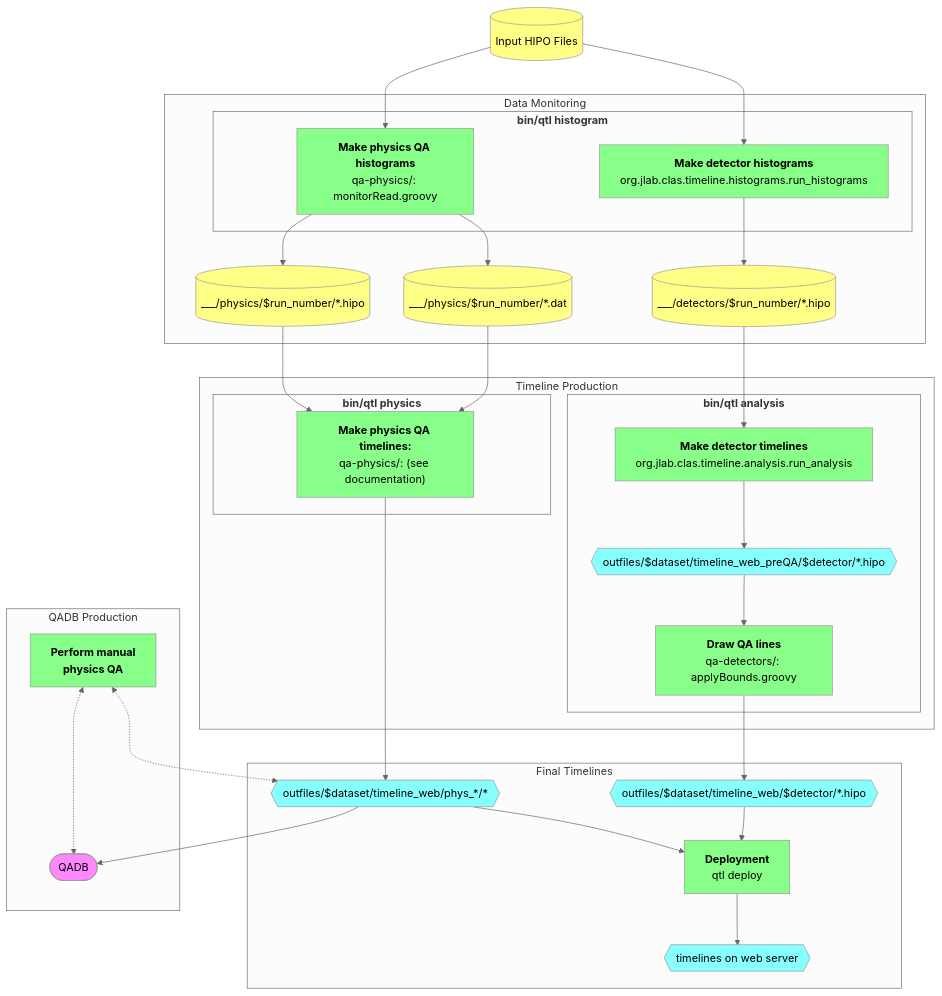
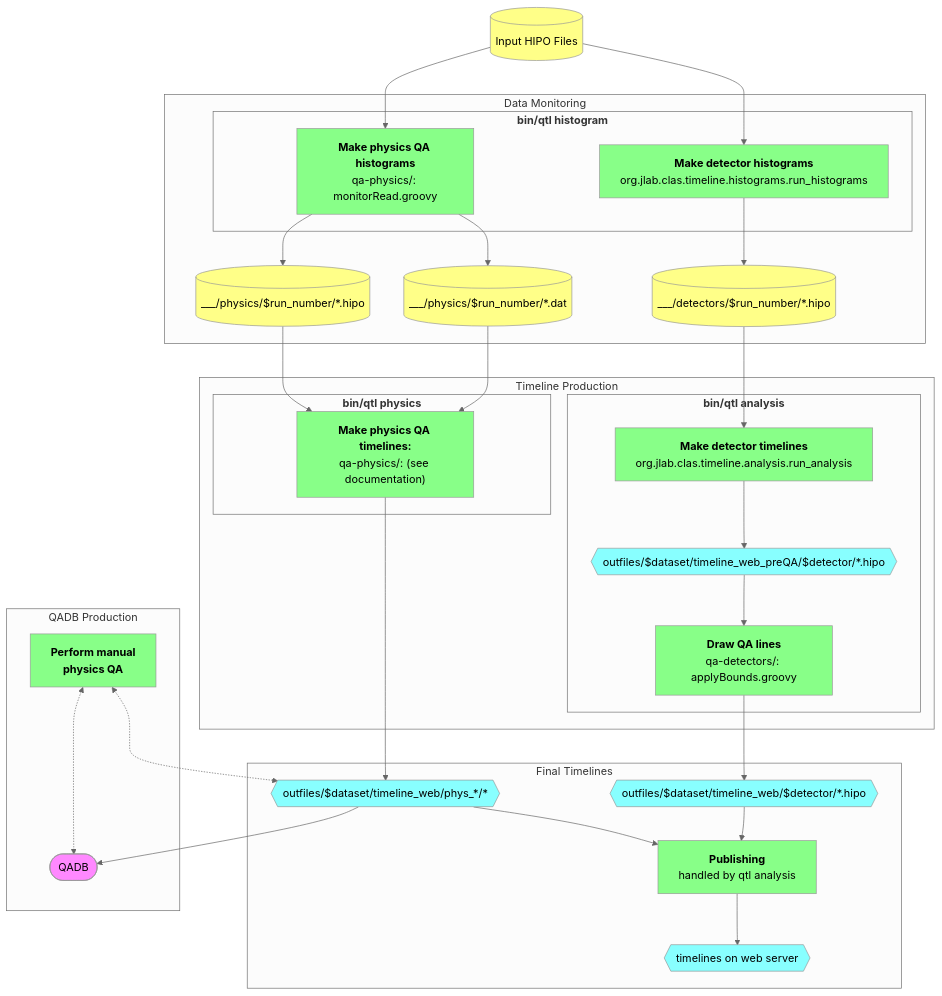
The diagram in doc/dev_notes.md (JeffersonLab/clas12-timeline), drawn with Mermaid (neutral theme) before and after one commit. The commit also changed 10 other files, not shown here.

````diff
--- a/doc/dev_notes.md
+++ b/doc/dev_notes.md
@@ -4,57 +4,57 @@
 ```mermaid
 flowchart TB
 
     classDef proc     fill:#8f8,color:black
     classDef data     fill:#ff8,color:black
     classDef misc     fill:#f8f,color:black
     classDef timeline fill:#8ff,color:black
 
     dst[(Input HIPO Files)]:::data
 
     subgraph Data Monitoring
         subgraph "<strong>bin/qtl histogram</strong>"
             monitorDetectors["<strong>Make detector histograms</strong><br/>org.jlab.clas.timeline.histograms.run_histograms"]:::proc
             monitorPhysics["<strong>Make physics QA histograms</strong><br/>qa-physics/: monitorRead.groovy"]:::proc
         end
         outplots[(___/detectors/$run_number/*.hipo)]:::data
         outdat[(___/physics/$run_number/*.dat)]:::data
         outmon[(___/physics/$run_number/*.hipo)]:::data
     end
     dst --> monitorDetectors
     dst --> monitorPhysics
     monitorDetectors --> outplots
     monitorPhysics   --> outdat
     monitorPhysics   --> outmon
 
     subgraph Timeline Production
         subgraph "<strong>bin/qtl analysis</strong>"
             timelineDetectorsPreQA["<strong>Make detector timelines</strong><br/>org.jlab.clas.timeline.analysis.run_analysis"]:::proc
             outTimelineDetectorsPreQA{{outfiles/$dataset/timeline_web_preQA/$detector/*.hipo}}:::timeline
             timelineDetectors["<strong>Draw QA lines</strong><br/>qa-detectors/: applyBounds.groovy"]:::proc
         end
         subgraph "<strong>bin/qtl physics</strong>"
             timelinePhysics["<strong>Make physics QA timelines:</strong><br/>qa-physics/: (see documentation)"]:::proc
         end
     end
     subgraph Final Timelines
         outTimelinePhysics{{outfiles/$dataset/timeline_web/phys_*/*}}:::timeline
         outTimelineDetectors{{outfiles/$dataset/timeline_web/$detector/*.hipo}}:::timeline
-        deploy["<strong>Deployment</strong><br/>qtl deploy"]:::proc
+        deploy["<strong>Publishing</strong><br/>handled by qtl analysis"]:::proc
         timelineDir{{timelines on web server}}:::timeline
     end
     outplots --> timelineDetectorsPreQA --> outTimelineDetectorsPreQA --> timelineDetectors --> outTimelineDetectors
     outdat   --> timelinePhysics
     outmon   --> timelinePhysics
     timelinePhysics --> outTimelinePhysics
     outTimelineDetectors --> deploy
     outTimelinePhysics   --> deploy
     deploy --> timelineDir
 
     subgraph QADB Production
         qadb([QADB]):::misc
         manualQA[<strong>Perform manual<br/>physics QA</strong>]:::proc
     end
     outTimelinePhysics   --> qadb
     manualQA <-.-> outTimelinePhysics
     manualQA <-.-> qadb
 ```
````
